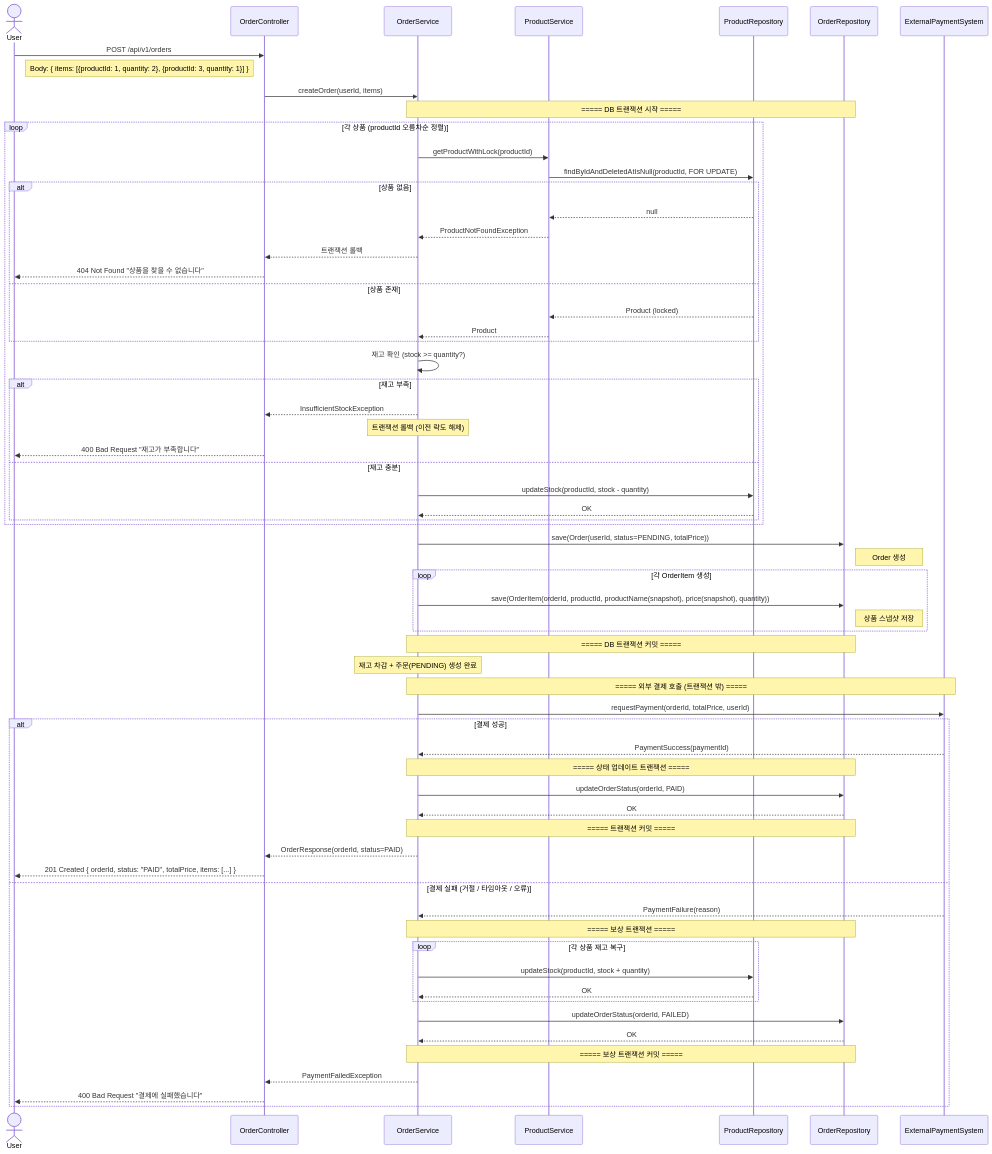
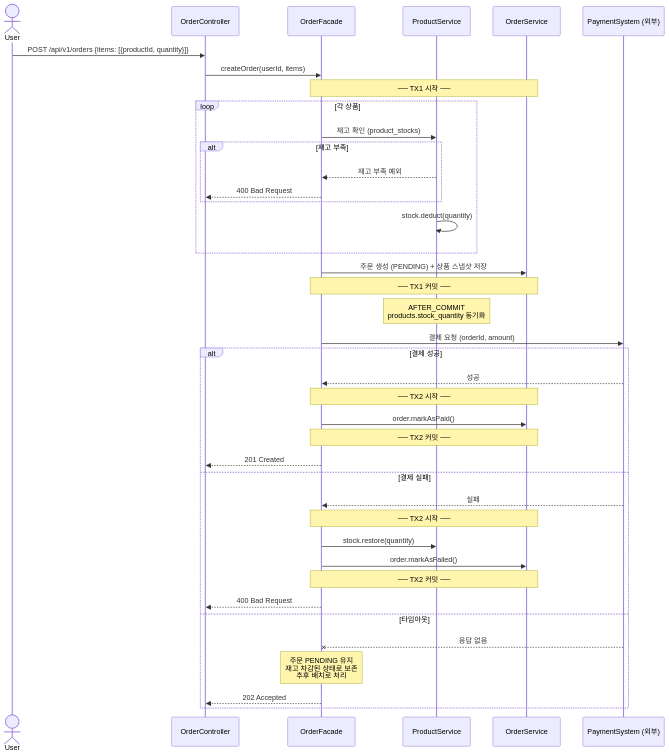
One commit to yeonjoo7/loop-pack-be-l2-vol4-kotlin changed the second of 2 diagrams in docs/week2/02-sequence-diagrams.md. Above: the diagram before and after it, drawn with Mermaid. The commit also changed other lines of this file, not shown here.

First line of the commit message:
docs: rewrite sequence diagrams - remove bloat, focus on key design points

````diff
--- a/docs/week2/02-sequence-diagrams.md
+++ b/docs/week2/02-sequence-diagrams.md
@@ -174,84 +73,45 @@
 sequenceDiagram
     actor User
     participant API as OrderController
-    participant OS as OrderService
-    participant PS as ProductService
-    participant PR as ProductRepository
-    participant OR as OrderRepository
-    participant EPS as ExternalPaymentSystem
+    participant Facade as OrderFacade
+    participant ProdSvc as ProductService
+    participant OrdSvc as OrderService
+    participant Pay as PaymentSystem (외부)
 
-    User->>API: POST /api/v1/orders
-    Note right of User: Body: { items: [{productId: 1, quantity: 2}, {productId: 3, quantity: 1}] }
+    User->>API: POST /api/v1/orders {items: [{productId, quantity}]}
+    API->>Facade: createOrder(userId, items)
 
-    API->>OS: createOrder(userId, items)
+    Note over Facade,OrdSvc: ── TX1 시작 ──
+    loop 각 상품
+        Facade->>ProdSvc: 재고 확인 (product_stocks)
+        alt 재고 부족
+            ProdSvc-->>Facade: 재고 부족 예외
+            Facade-->>API: 400 Bad Request
+        end
+        ProdSvc->>ProdSvc: stock.deduct(quantity)
+    end
+    Facade->>OrdSvc: 주문 생성 (PENDING) + 상품 스냅샷 저장
+    Note over Facade,OrdSvc: ── TX1 커밋 ──
+    Note over ProdSvc: AFTER_COMMIT<br/>products.stock_quantity 동기화
 
-    Note over OS, OR: ===== DB 트랜잭션 시작 =====
-
-    loop 각 상품 (productId 오름차순 정렬)
-        OS->>PS: getProductWithLock(productId)
-        PS->>PR: findByIdAndDeletedAtIsNull(productId, FOR UPDATE)
-
-        alt 상품 없음
-            PR-->>PS: null
-            PS-->>OS: ProductNotFoundException
-            OS-->>API: 트랜잭션 롤백
-            API-->>User: 404 Not Found "상품을 찾을 수 없습니다"
-        else 상품 존재
-            PR-->>PS: Product (locked)
-            PS-->>OS: Product
-        end
-
-        OS->>OS: 재고 확인 (stock >= quantity?)
-
-        alt 재고 부족
-            OS-->>API: InsufficientStockException
-            Note over OS: 트랜잭션 롤백 (이전 락도 해제)
-            API-->>User: 400 Bad Request "재고가 부족합니다"
-        else 재고 충분
-            OS->>PR: updateStock(productId, stock - quantity)
-            PR-->>OS: OK
-        end
-    end
-
-    OS->>OR: save(Order(userId, status=PENDING, totalPrice))
-    Note right of OR: Order 생성
-
-    loop 각 OrderItem 생성
-        OS->>OR: save(OrderItem(orderId, productId, productName(snapshot), price(snapshot), quantity))
-        Note right of OR: 상품 스냅샷 저장
-    end
-
-    Note over OS, OR: ===== DB 트랜잭션 커밋 =====
-    Note over OS: 재고 차감 + 주문(PENDING) 생성 완료
-
-    Note over OS, EPS: ===== 외부 결제 호출 (트랜잭션 밖) =====
-
-    OS->>EPS: requestPayment(orderId, totalPrice, userId)
+    Facade->>Pay: 결제 요청 (orderId, amount)
 
     alt 결제 성공
-        EPS-->>OS: PaymentSuccess(paymentId)
-
-        Note over OS, OR: ===== 상태 업데이트 트랜잭션 =====
-        OS->>OR: updateOrderStatus(orderId, PAID)
-        OR-->>OS: OK
-        Note over OS, OR: ===== 트랜잭션 커밋 =====
-
-        OS-->>API: OrderResponse(orderId, status=PAID)
-        API-->>User: 201 Created { orderId, status: "PAID", totalPrice, items: [...] }
-
-    else 결제 실패 (거절 / 타임아웃 / 오류)
-        EPS-->>OS: PaymentFailure(reason)
-
-        Note over OS, OR: ===== 보상 트랜잭션 =====
-        loop 각 상품 재고 복구
-            OS->>PR: updateStock(productId, stock + quantity)
-            PR-->>OS: OK
-        end
-        OS->>OR: updateOrderStatus(orderId, FAILED)
-        OR-->>OS: OK
-        Note over OS, OR: ===== 보상 트랜잭션 커밋 =====
-
-        OS-->>API: PaymentFailedException
-        API-->>User: 400 Bad Request "결제에 실패했습니다"
+        Pay-->>Facade: 성공
+        Note over Facade,OrdSvc: ── TX2 시작 ──
+        Facade->>OrdSvc: order.markAsPaid()
+        Note over Facade,OrdSvc: ── TX2 커밋 ──
+        Facade-->>API: 201 Created
+    else 결제 실패
+        Pay-->>Facade: 실패
+        Note over Facade,OrdSvc: ── TX2 시작 ──
+        Facade->>ProdSvc: stock.restore(quantity)
+        Facade->>OrdSvc: order.markAsFailed()
+        Note over Facade,OrdSvc: ── TX2 커밋 ──
+        Facade-->>API: 400 Bad Request
+    else 타임아웃
+        Pay--xFacade: 응답 없음
+        Note over Facade: 주문 PENDING 유지<br/>재고 차감된 상태로 보존<br/>추후 배치로 처리
+        Facade-->>API: 202 Accepted
     end
 ```
````
